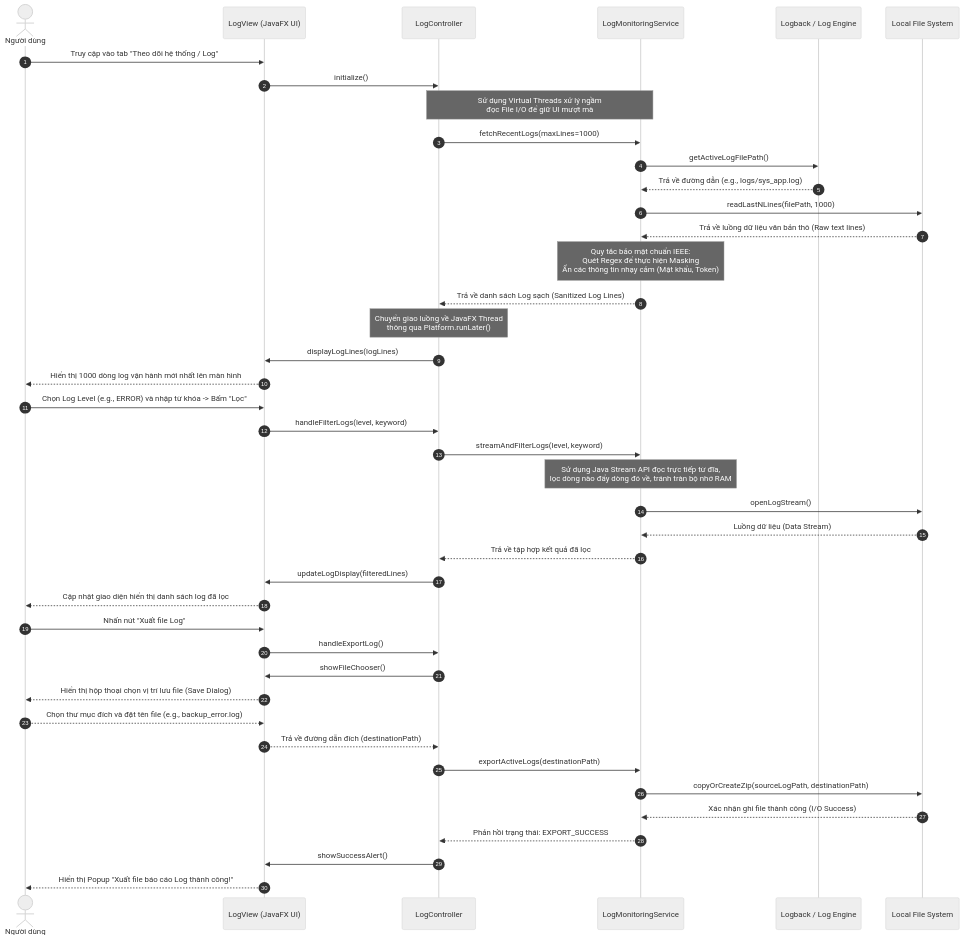
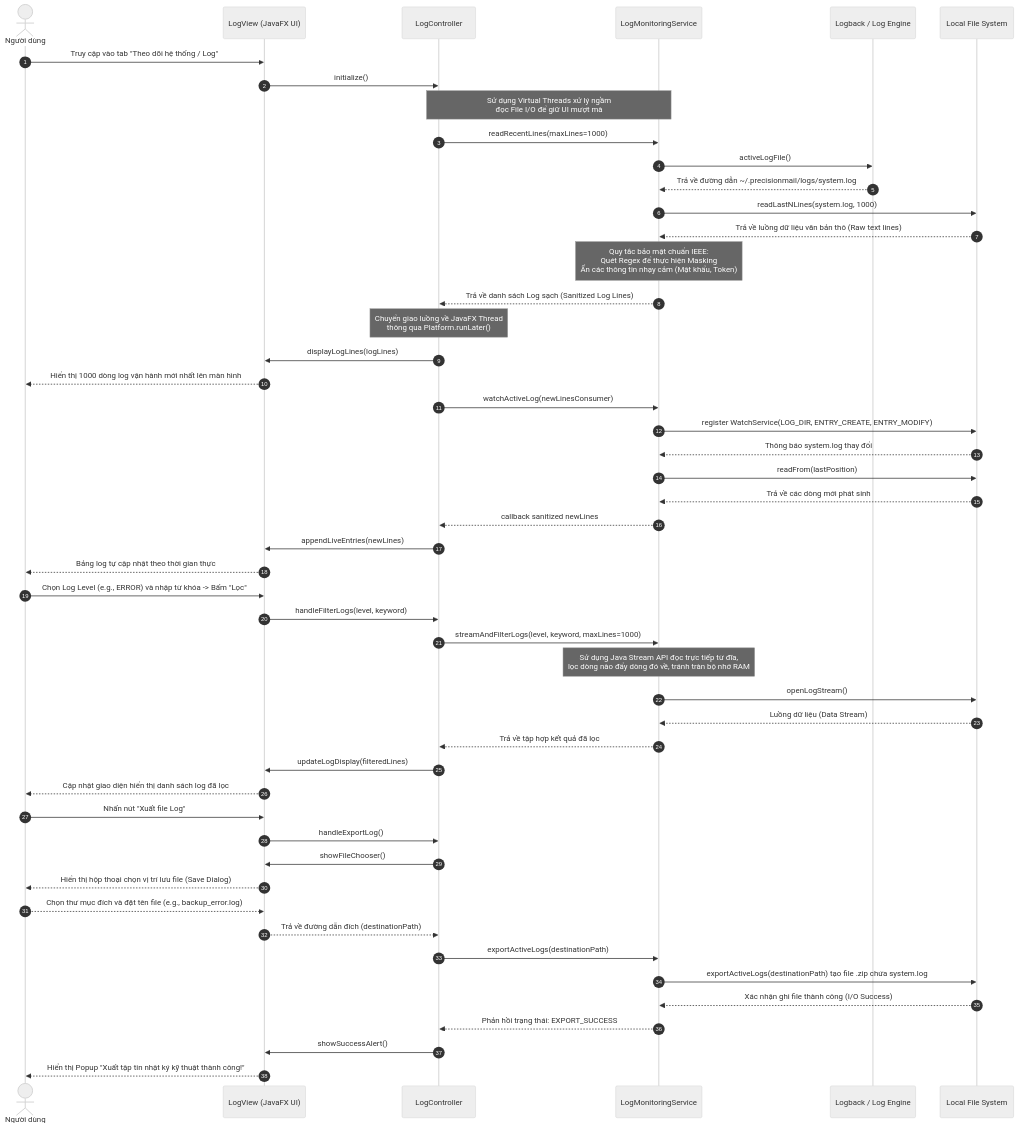
The diagram in docs/UC_06.md (vthiet/PrecisionMail), drawn with Mermaid (neutral theme) before and after one commit. The commit also changed other lines of this file and 17 other files, not shown here.

````diff
--- a/docs/UC_06.md
+++ b/docs/UC_06.md
@@ -88,61 +88,71 @@
 ```mermaid
 sequenceDiagram
     autonumber
     actor User as Người dùng
     participant LogView as LogView (JavaFX UI)
     participant LogController as LogController
     participant LogMonitoringService as LogMonitoringService
     participant LogbackEngine as Logback / Log Engine
     participant FileSystem as Local File System
 
 %% GIAI ĐOẠN 1: TẢI ĐUÔI LOG BAN ĐẦU (TAIL RECENT LOGS)
     User->>LogView: Truy cập vào tab "Theo dõi hệ thống / Log"
     LogView->>LogController: initialize()
 
     Note over LogController, LogMonitoringService: Sử dụng Virtual Threads xử lý ngầm<br/>đọc File I/O để giữ UI mượt mà
-    LogController->>LogMonitoringService: fetchRecentLogs(maxLines=1000)
+    LogController->>LogMonitoringService: readRecentLines(maxLines=1000)
 
-    LogMonitoringService->>LogbackEngine: getActiveLogFilePath()
-    LogbackEngine-->>LogMonitoringService: Trả về đường dẫn (e.g., logs/sys_app.log)
+    LogMonitoringService->>LogbackEngine: activeLogFile()
+    LogbackEngine-->>LogMonitoringService: Trả về đường dẫn ~/.precisionmail/logs/system.log
 
-    LogMonitoringService->>FileSystem: readLastNLines(filePath, 1000)
+    LogMonitoringService->>FileSystem: readLastNLines(system.log, 1000)
     FileSystem-->>LogMonitoringService: Trả về luồng dữ liệu văn bản thô (Raw text lines)
 
     Note over LogMonitoringService: Quy tắc bảo mật chuẩn IEEE:<br/>Quét Regex để thực hiện Masking<br/>Ẩn các thông tin nhạy cảm (Mật khẩu, Token)
 
     LogMonitoringService-->>LogController: Trả về danh sách Log sạch (Sanitized Log Lines)
 
     Note over LogController: Chuyển giao luồng về JavaFX Thread<br/>thông qua Platform.runLater()
     LogController->>LogView: displayLogLines(logLines)
     LogView-->>User: Hiển thị 1000 dòng log vận hành mới nhất lên màn hình
 
+%% GIAI ĐOẠN 1B: THEO DÕI LOG THỜI GIAN THỰC
+    LogController->>LogMonitoringService: watchActiveLog(newLinesConsumer)
+    LogMonitoringService->>FileSystem: register WatchService(LOG_DIR, ENTRY_CREATE, ENTRY_MODIFY)
+    FileSystem-->>LogMonitoringService: Thông báo system.log thay đổi
+    LogMonitoringService->>FileSystem: readFrom(lastPosition)
+    FileSystem-->>LogMonitoringService: Trả về các dòng mới phát sinh
+    LogMonitoringService-->>LogController: callback sanitized newLines
+    LogController->>LogView: appendLiveEntries(newLines)
+    LogView-->>User: Bảng log tự cập nhật theo thời gian thực
+
 %% GIAI ĐOẠN 2: LỌC LOG THEO TIÊU CHÍ (DYNAMIC FILTERING)
     User->>LogView: Chọn Log Level (e.g., ERROR) và nhập từ khóa -> Bấm "Lọc"
     LogView->>LogController: handleFilterLogs(level, keyword)
 
-    LogController->>LogMonitoringService: streamAndFilterLogs(level, keyword)
+    LogController->>LogMonitoringService: streamAndFilterLogs(level, keyword, maxLines=1000)
     Note over LogMonitoringService: Sử dụng Java Stream API đọc trực tiếp từ đĩa,<br/>lọc dòng nào đẩy dòng đó về, tránh tràn bộ nhớ RAM
 
     LogMonitoringService->>FileSystem: openLogStream()
     FileSystem-->>LogMonitoringService: Luồng dữ liệu (Data Stream)
     LogMonitoringService-->>LogController: Trả về tập hợp kết quả đã lọc
     LogController->>LogView: updateLogDisplay(filteredLines)
     LogView-->>User: Cập nhật giao diện hiển thị danh sách log đã lọc
 
 %% GIAI ĐOẠN 3: XUẤT FILE LOG (EXPORT LOG REPORT)
     User->>LogView: Nhấn nút "Xuất file Log"
     LogView->>LogController: handleExportLog()
 
     LogController->>LogView: showFileChooser()
     LogView-->>User: Hiển thị hộp thoại chọn vị trí lưu file (Save Dialog)
     User-->>LogView: Chọn thư mục đích và đặt tên file (e.g., backup_error.log)
     LogView-->>LogController: Trả về đường dẫn đích (destinationPath)
 
     LogController->>LogMonitoringService: exportActiveLogs(destinationPath)
-    LogMonitoringService->>FileSystem: copyOrCreateZip(sourceLogPath, destinationPath)
+    LogMonitoringService->>FileSystem: exportActiveLogs(destinationPath) tạo file .zip chứa system.log
     FileSystem-->>LogMonitoringService: Xác nhận ghi file thành công (I/O Success)
 
     LogMonitoringService-->>LogController: Phản hồi trạng thái: EXPORT_SUCCESS
     LogController->>LogView: showSuccessAlert()
-    LogView-->>User: Hiển thị Popup "Xuất file báo cáo Log thành công!"
+    LogView-->>User: Hiển thị Popup "Xuất tập tin nhật ký kỹ thuật thành công!"
 ```
````
